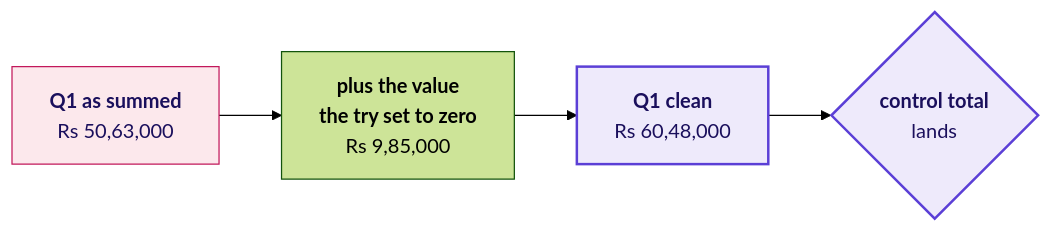
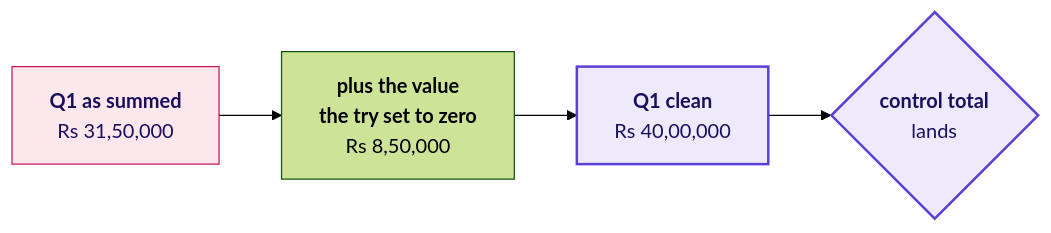
One commit to fde-academy-lab/c2-content-factory changed the fourth of 9 diagrams in content/W01/D5/slides/C2_W01_D05_debrief_STUDENT.md. Above: the diagram before and after it, drawn with Mermaid (forest theme). The commit also changed other lines of this file and 1 other file, not shown here.

First line of the commit message:
W01 D5: debrief deck shows every trap's mechanism on the invented export, labelled invented, and names no planted value; the lead tested on each customer's own two quarters, D29 states keep each customer's own two quarters together, option D run, terms explained, and each half sums to 20 minutes

````diff
--- a/content/W01/D5/slides/C2_W01_D05_debrief_STUDENT.md
+++ b/content/W01/D5/slides/C2_W01_D05_debrief_STUDENT.md
@@ -324,10 +338,10 @@
 ```mermaid
 flowchart LR
-    A["<b>Q1 as summed</b><br/>Rs 50,63,000"] --> B["<b>plus the value<br/>the try set to zero</b><br/>Rs 9,85,000"]
-    B --> C["<b>Q1 clean</b><br/>Rs 60,48,000"]
+    A["<b>Q1 as summed</b><br/>Rs 31,50,000"] --> B["<b>plus the value<br/>the try set to zero</b><br/>Rs 8,50,000"]
+    B --> C["<b>Q1 clean</b><br/>Rs 40,00,000"]
     C --> D{"<b>control total</b><br/>lands"}
     classDef bad fill:#FCE8EC,stroke:#C2185B,color:#1A0F5C
     classDef known fill:#EEEAFB,stroke:#5B3FD6,color:#1A0F5C,stroke-width:2px
     class A bad
     class C,D known
 ```
````
